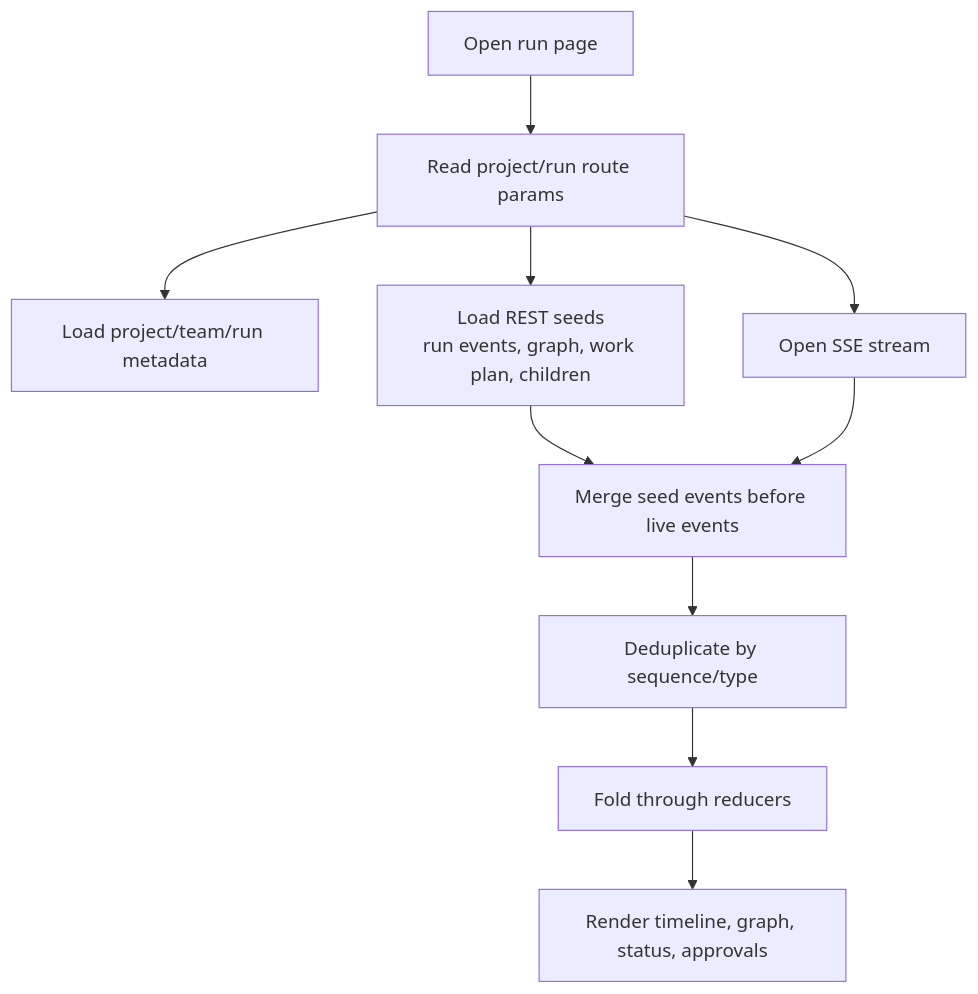
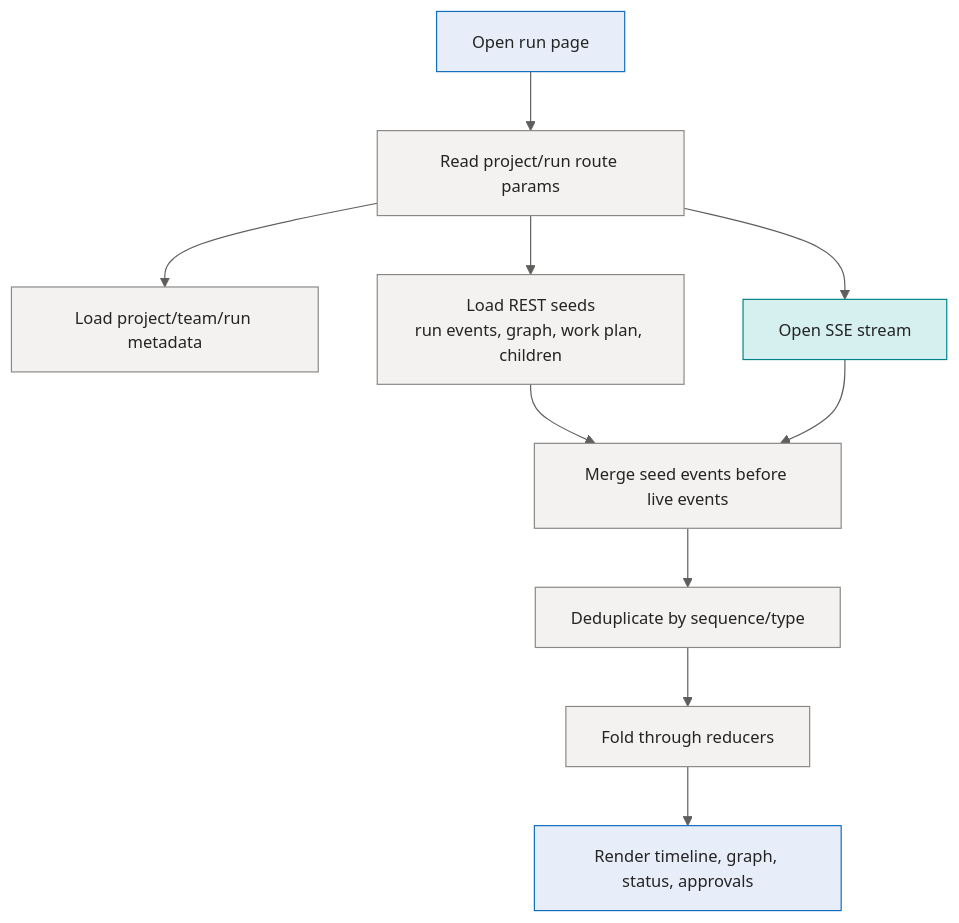
The sixth of 7 diagrams in docs/deep-dive/frontend.md (sabbour/agentweaver), drawn with Mermaid before and after one commit. The commit also changed other lines of this file and 13 other files, not shown here.

````diff
--- a/docs/deep-dive/frontend.md
+++ b/docs/deep-dive/frontend.md
@@ -351,12 +425,25 @@
 ```mermaid
+%%{init: {'theme':'base','themeVariables':{'fontFamily':'Segoe UI, system-ui, -apple-system, sans-serif','fontSize':'14px','primaryColor':'#E8EEF9','primaryBorderColor':'#0F6CBD','primaryTextColor':'#242424','lineColor':'#605E5C','clusterBkg':'#FAF9F8','clusterBorder':'#D2D0CE','edgeLabelBackground':'#FFFFFF'}}}%%
 flowchart TD
     Open[Open run page] --> Params[Read project/run route params]
     Params --> Metadata[Load project/team/run metadata]
     Params --> Seeds[Load REST seeds\nrun events, graph, work plan, children]
     Params --> Stream[Open SSE stream]
     Seeds --> Merge[Merge seed events before live events]
     Stream --> Merge
     Merge --> Dedupe[Deduplicate by sequence/type]
     Dedupe --> Fold[Fold through reducers]
     Fold --> UI[Render timeline, graph, status, approvals]
+
+    classDef client fill:#E8EEF9,stroke:#0F6CBD,stroke-width:1px,color:#242424;
+    classDef svc fill:#F3F2F1,stroke:#8A8886,stroke-width:1px,color:#242424;
+    classDef core fill:#CFE4FA,stroke:#0F6CBD,stroke-width:2px,color:#242424;
+    classDef data fill:#FFF4CE,stroke:#C19C00,stroke-width:1px,color:#242424;
+    classDef ext fill:#F0E8F8,stroke:#8764B8,stroke-width:1px,color:#242424;
+    classDef runtime fill:#DDF3DD,stroke:#107C10,stroke-width:1px,color:#242424;
+    classDef evt fill:#D6F0F0,stroke:#038387,stroke-width:1px,color:#242424;
+
+    class Open,UI client;
+    class Params,Metadata,Seeds,Merge,Dedupe,Fold svc;
+    class Stream evt;
 ```
````
